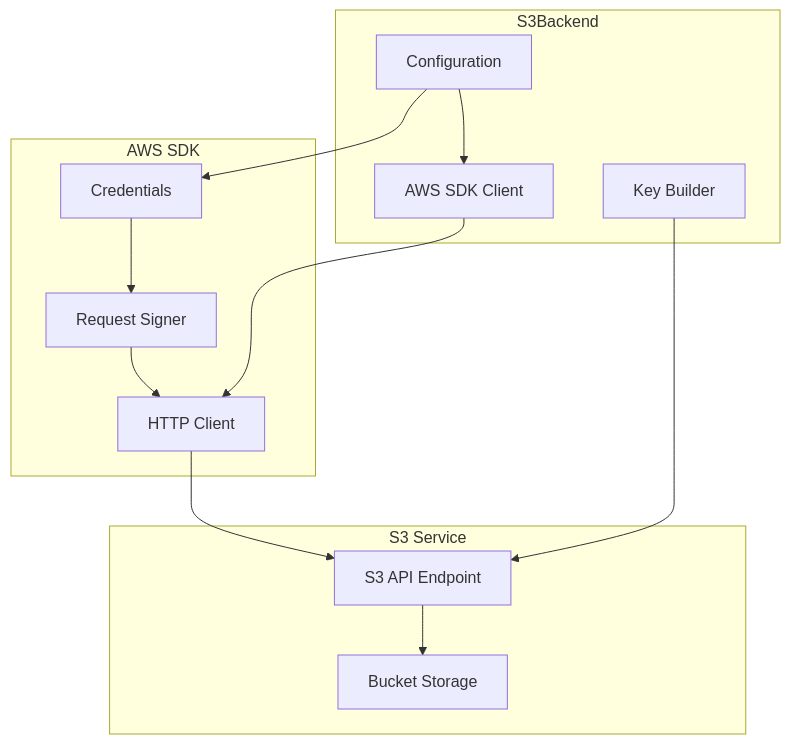
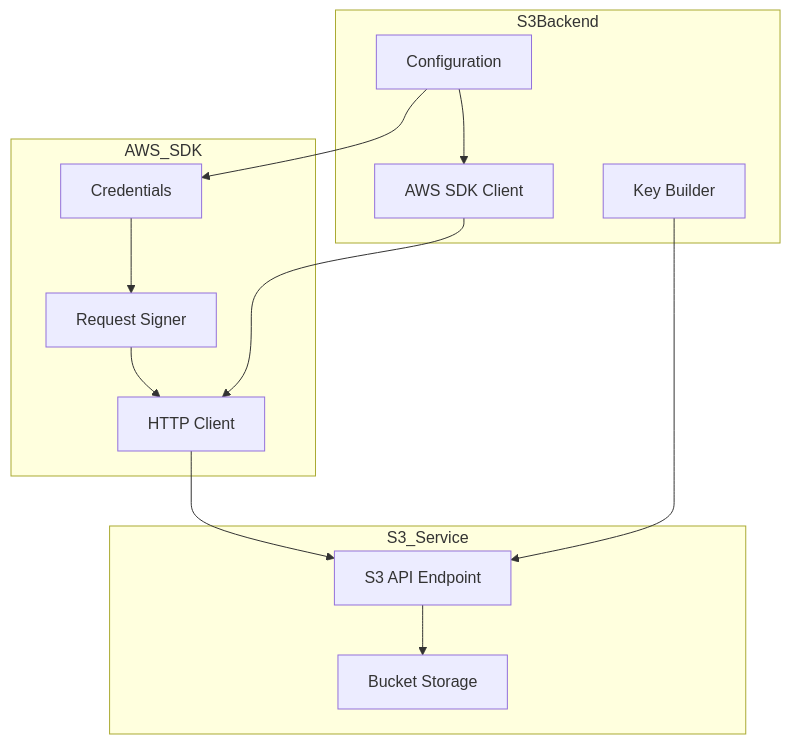
The first of 8 diagrams in crates/storage/docs/s3.md (Lighty-Launcher/LightyUpdater), drawn with Mermaid before and after one commit. The commit also changed other lines of this file and 31 other files, not shown here.

Commit message:
edit mermaid in docs

````diff
--- a/crates/storage/docs/s3.md
+++ b/crates/storage/docs/s3.md
@@ -42,28 +42,28 @@
 ```mermaid
 graph TB
-    subgraph "S3Backend"
+    subgraph S3Backend
         Config[Configuration]
         Client[AWS SDK Client]
         KeyBuilder[Key Builder]
     end
 
-    subgraph "AWS SDK"
+    subgraph AWS_SDK
         Creds[Credentials]
         HTTP[HTTP Client]
         Signer[Request Signer]
     end
 
-    subgraph "S3 Service"
+    subgraph S3_Service
         API[S3 API Endpoint]
         Bucket[Bucket Storage]
     end
 
     Config --> Client
     Config --> Creds
     Client --> HTTP
     Creds --> Signer
     Signer --> HTTP
     HTTP --> API
     API --> Bucket
     KeyBuilder --> API
 ```
````
